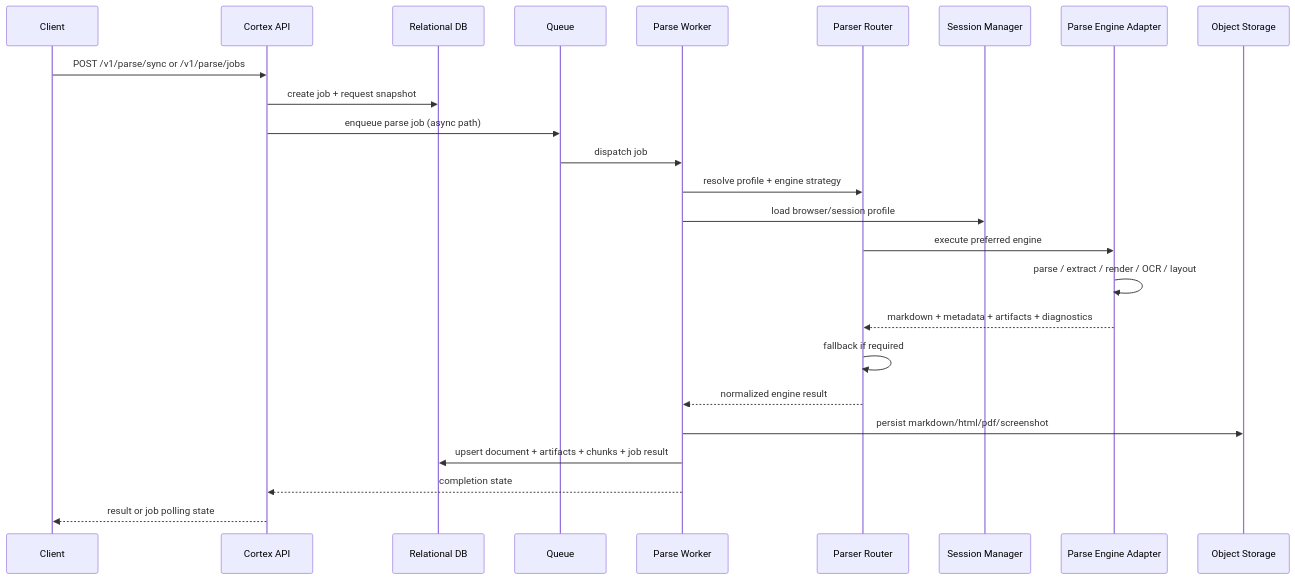
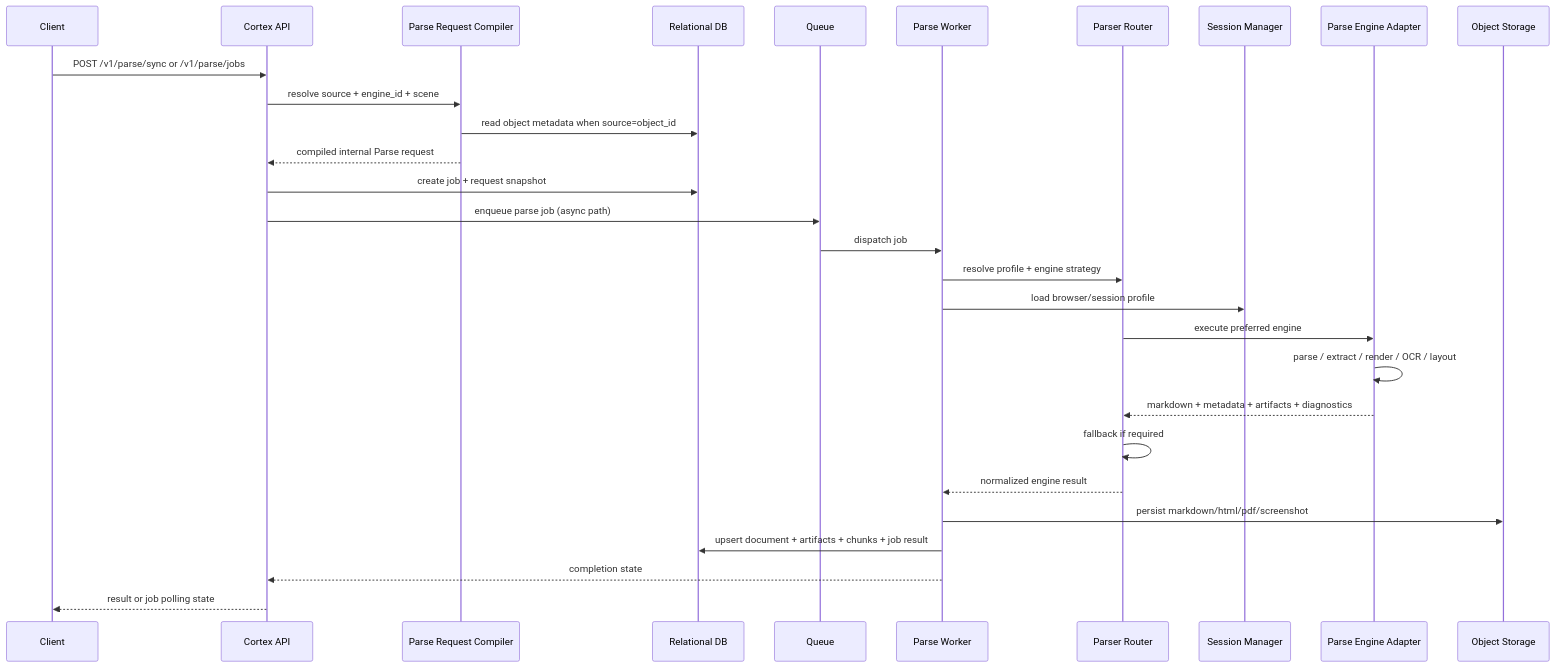
The fourth of 12 diagrams in specs/cortex-dfd.md (crabcanon/cortex), drawn with Mermaid before and after one commit. The commit also changed other lines of this file and 34 other files, not shown here.

Commit message:
feat(parse): simplify public parse API with scene compiler

````diff
--- a/specs/cortex-dfd.md
+++ b/specs/cortex-dfd.md
@@ -235,28 +236,32 @@
 ```mermaid
 sequenceDiagram
     participant C as Client
     participant A as Cortex API
+    participant P as Parse Request Compiler
     participant DB as Relational DB
     participant Q as Queue
     participant W as Parse Worker
     participant R as Parser Router
     participant S as Session Manager
     participant E as Parse Engine Adapter
     participant O as Object Storage
 
     C->>A: POST /v1/parse/sync or /v1/parse/jobs
+    A->>P: resolve source + engine_id + scene
+    P->>DB: read object metadata when source=object_id
+    P-->>A: compiled internal Parse request
     A->>DB: create job + request snapshot
     A->>Q: enqueue parse job (async path)
     Q->>W: dispatch job
     W->>R: resolve profile + engine strategy
     W->>S: load browser/session profile
     R->>E: execute preferred engine
     E->>E: parse / extract / render / OCR / layout
     E-->>R: markdown + metadata + artifacts + diagnostics
     R->>R: fallback if required
     R-->>W: normalized engine result
     W->>O: persist markdown/html/pdf/screenshot
     W->>DB: upsert document + artifacts + chunks + job result
     W-->>A: completion state
     A-->>C: result or job polling state
 ```
````
